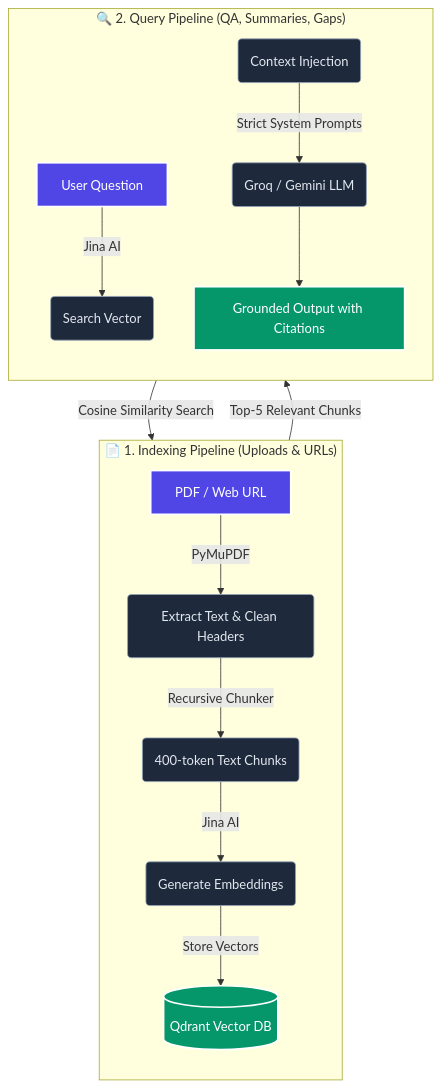
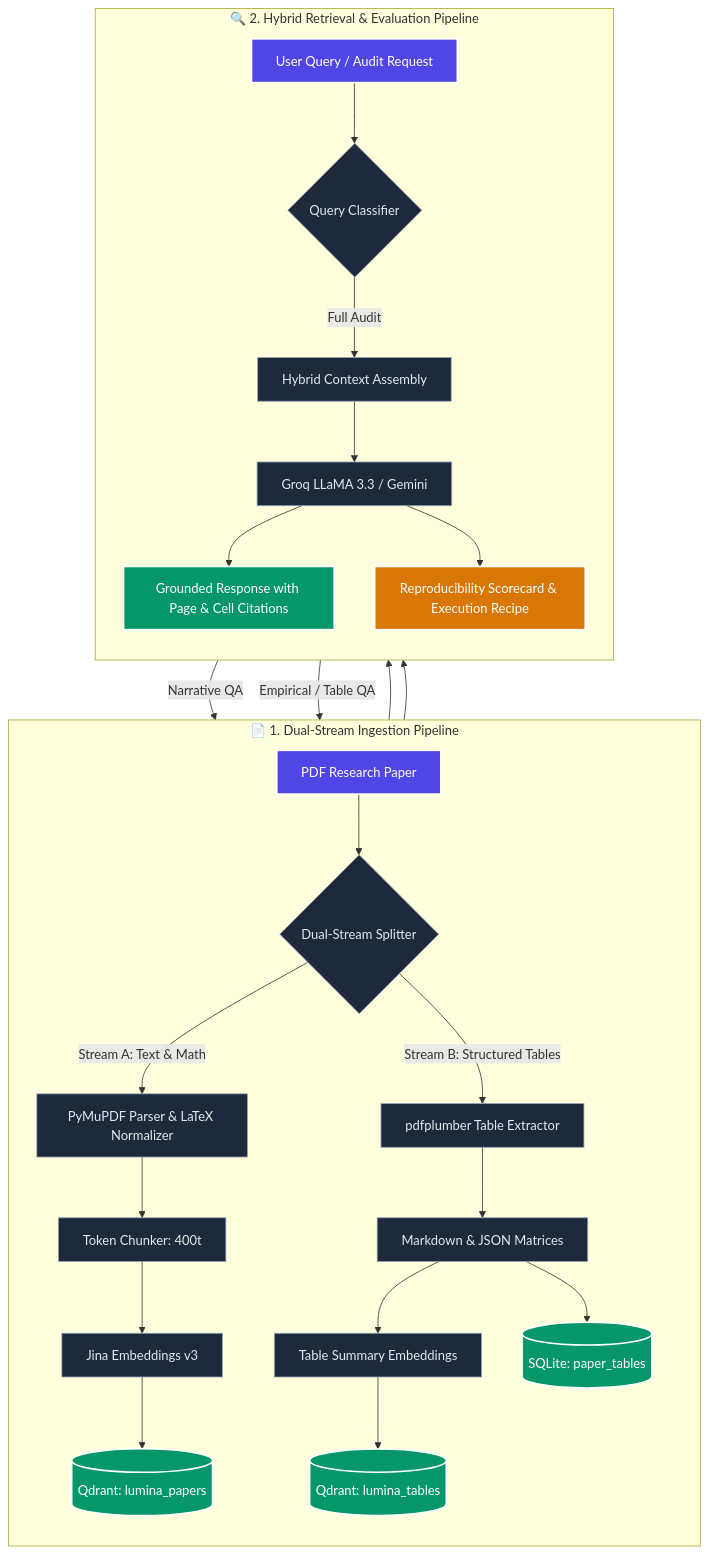
Before and after one commit to bandarilokesh/luminaai: the diagram in README.md, drawn with Mermaid. The commit also changed other lines of this file and 24 other files, not shown here.

Commit message:
feat: implement TeX-RAG dual-stream table extractor, 5D reproducibility audit engine, and update README

````diff
--- a/README.md
+++ b/README.md
@@ -45,25 +64,42 @@
 ```mermaid
 graph TD
-    classDef highlight fill:#4F46E5,stroke:#fff,stroke-width:2px,color:#fff;
+    classDef extract fill:#4F46E5,stroke:#fff,stroke-width:2px,color:#fff;
     classDef process fill:#1E293B,stroke:#94A3B8,stroke-width:1px,color:#E2E8F0;
     classDef database fill:#059669,stroke:#fff,stroke-width:2px,color:#fff;
+    classDef audit fill:#D97706,stroke:#fff,stroke-width:2px,color:#fff;
 
-    %% 1. Indexing Pipeline
-    subgraph Indexing ["📄 1. Indexing Pipeline (Uploads & URLs)"]
+    %% Ingestion Pipeline
+    subgraph Ingestion ["📄 1. Dual-Stream Ingestion Pipeline"]
         direction TB
-        A[PDF / Web URL]:::highlight -->|PyMuPDF| B(Extract Text & Clean Headers):::process
-        B -->|Recursive Chunker| C(400-token Text Chunks):::process
-        C -->|Jina AI| D(Generate Embeddings):::process
-        D -->|Store Vectors| E[(Qdrant Vector DB)]:::database
+        PDF[PDF Research Paper]:::extract --> Router{Dual-Stream Splitter}:::process
+        
+        %% Stream A
+        Router -->|Stream A: Text & Math| PyMuPDF[PyMuPDF Parser & LaTeX Normalizer]:::process
+        PyMuPDF --> Chunks[Token Chunker: 400t]:::process
+        Chunks --> JinaText[Jina Embeddings v3]:::process
+        JinaText --> QdrantText[(Qdrant: lumina_papers)]:::database
+
+        %% Stream B
+        Router -->|Stream B: Structured Tables| TableParser[pdfplumber Table Extractor]:::process
+        TableParser --> Tables[Markdown & JSON Matrices]:::process
+        Tables --> JinaTable[Table Summary Embeddings]:::process
+        JinaTable --> QdrantTable[(Qdrant: lumina_tables)]:::database
+        Tables --> SQLiteTable[(SQLite: paper_tables)]:::database
     end
 
-    %% 2. Query Pipeline
-    subgraph Querying ["🔍 2. Query Pipeline (QA, Summaries, Gaps)"]
+    %% Query Pipeline
+    subgraph Querying ["🔍 2. Hybrid Retrieval & Evaluation Pipeline"]
         direction TB
-        Q[User Question]:::highlight -->|Jina AI| V(Search Vector):::process
-        V -->|Cosine Similarity Search| E
-        E -->|Top-5 Relevant Chunks| R(Context Injection):::process
-        R -->|Strict System Prompts| L(Groq / Gemini LLM):::process
-        L --> O[Grounded Output with Citations]:::database
+        Q[User Query / Audit Request]:::extract --> Classifier{Query Classifier}:::process
+        Classifier -->|Narrative QA| QdrantText
+        Classifier -->|Empirical / Table QA| QdrantTable
+        Classifier -->|Full Audit| Both[Hybrid Context Assembly]:::process
+        
+        QdrantText --> Both
+        QdrantTable --> Both
+        
+        Both --> LLM[Groq LLaMA 3.3 / Gemini]:::process
+        LLM --> OutQA[Grounded Response with Page & Cell Citations]:::database
+        LLM --> OutAudit[Reproducibility Scorecard & Execution Recipe]:::audit
     end
 ```
````
